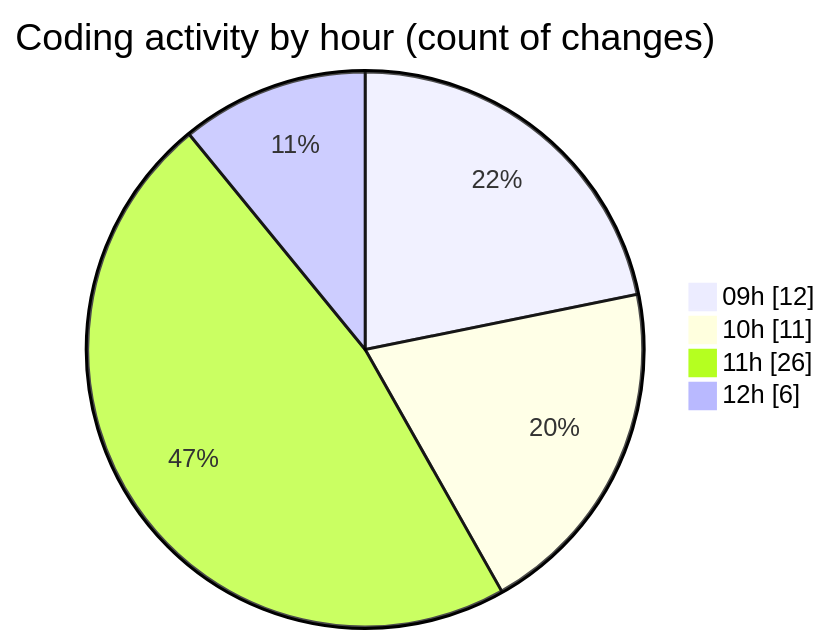
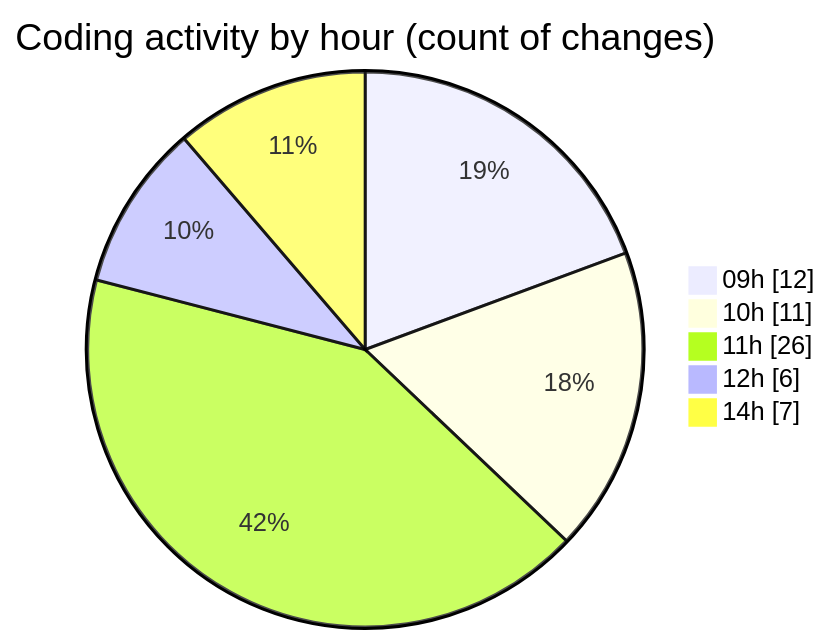
Before and after one commit to momahboobian/code-tracking: the second of 2 diagrams in 2025-09-26/cda/README.md, drawn with Mermaid. The commit also changed other lines of this file and 1 other file, not shown here.

````diff
--- a/2025-09-26/cda/README.md
+++ b/2025-09-26/cda/README.md
@@ -37,8 +38,9 @@
 ```mermaid
 pie showData
 title Coding activity by hour (count of changes)
 "09h" : 12
 "10h" : 11
 "11h" : 26
 "12h" : 6
+"14h" : 7
 ```
````
